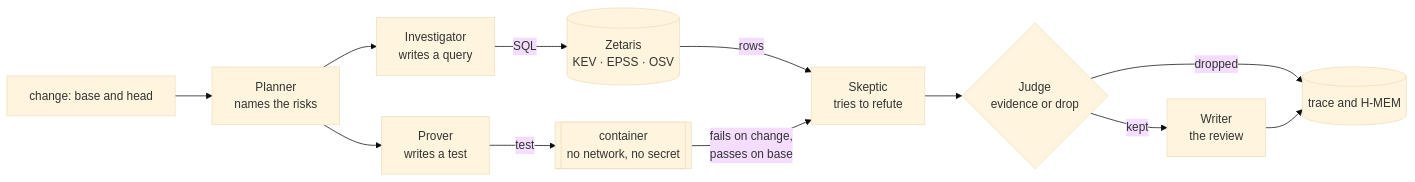
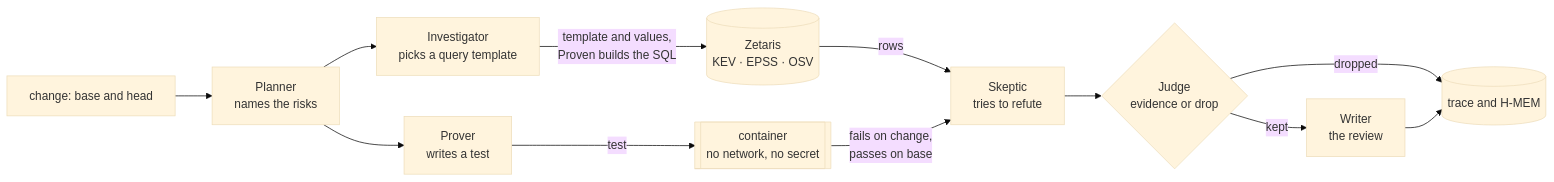
The diagram in docs/ARCHITECTURE.md (saphan-ai/proven), drawn with Mermaid (base theme) before and after one commit. The commit also changed other lines of this file and 3 other files, not shown here.

````diff
--- a/docs/ARCHITECTURE.md
+++ b/docs/ARCHITECTURE.md
@@ -8,14 +8,14 @@
 ```mermaid
 flowchart LR
     C[change: base and head] --> P[Planner<br/>names the risks]
-    P --> I[Investigator<br/>writes a query]
+    P --> I[Investigator<br/>picks a query template]
     P --> V[Prover<br/>writes a test]
-    I -->|SQL| Z[(Zetaris<br/>KEV · EPSS · OSV)]
+    I -->|template and values,<br/>Proven builds the SQL| Z[(Zetaris<br/>KEV · EPSS · OSV)]
     V -->|test| K[[container<br/>no network, no secret]]
     Z -->|rows| S[Skeptic<br/>tries to refute]
     K -->|fails on change,<br/>passes on base| S
     S --> J{Judge<br/>evidence or drop}
     J -->|kept| W[Writer<br/>the review]
     J -->|dropped| T[(trace and H-MEM)]
     W --> T
 ```
````
